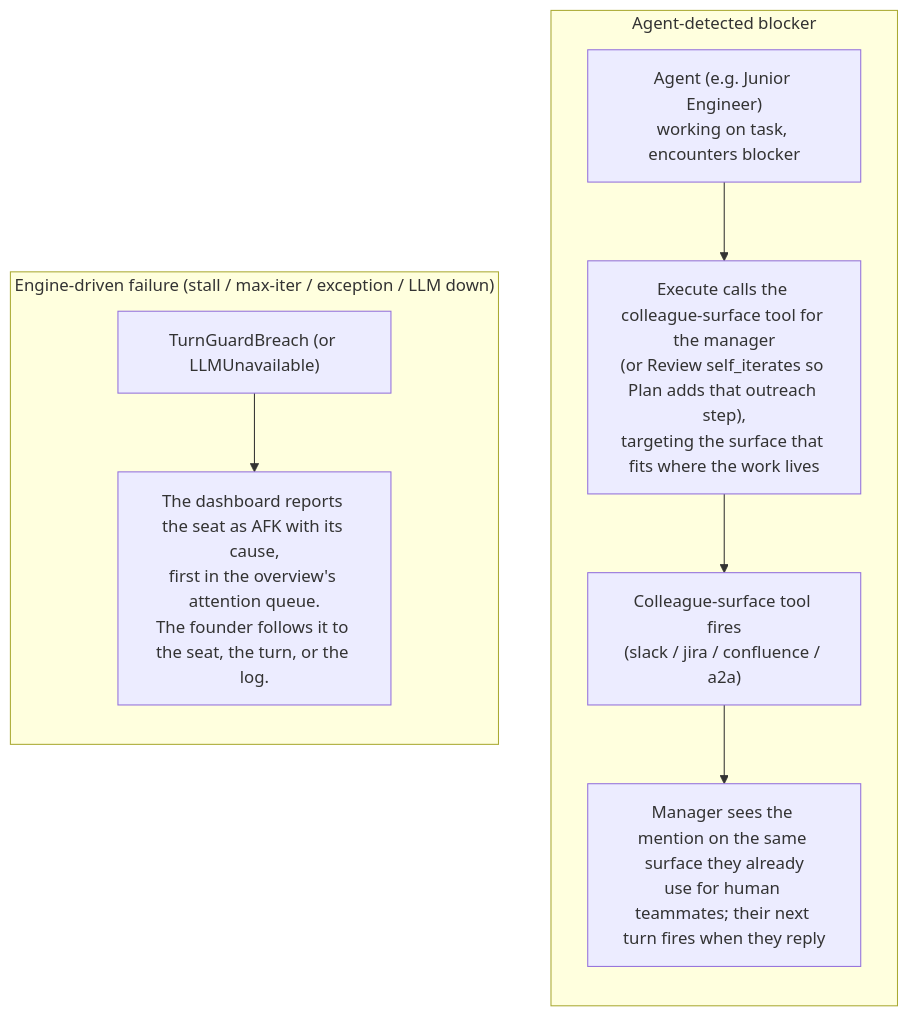
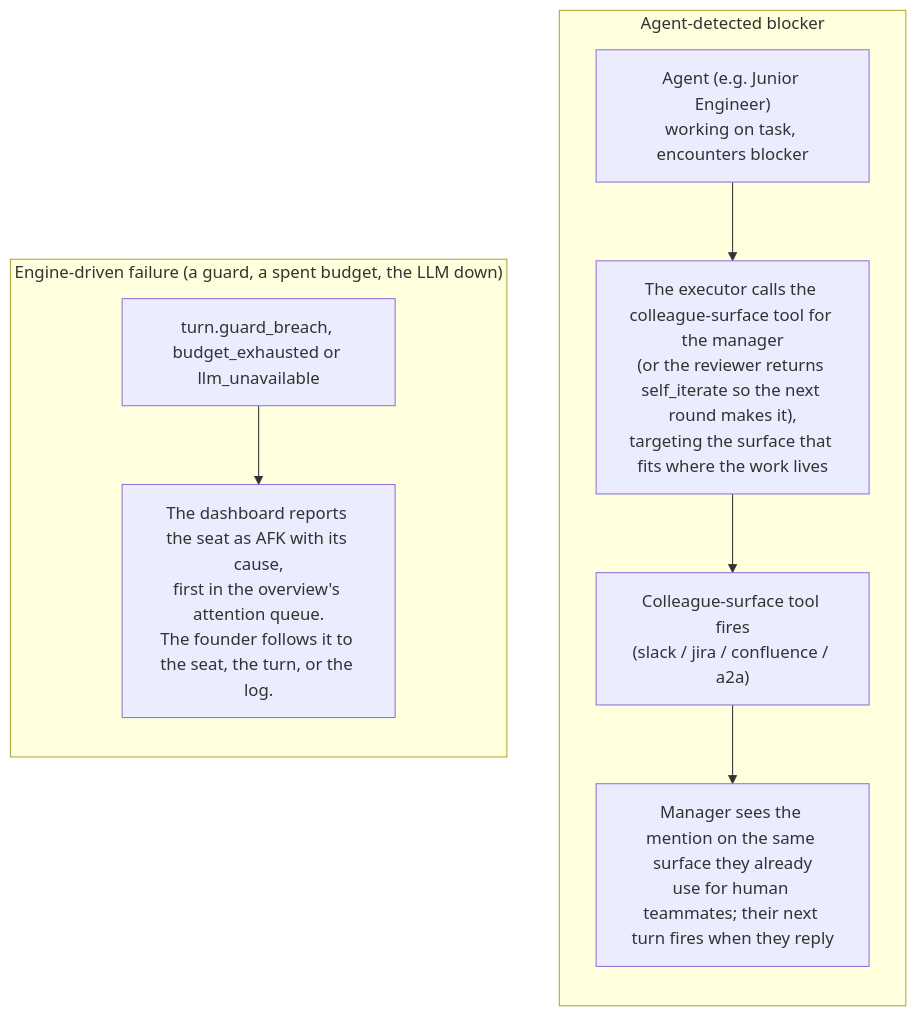
One commit to crewlet/crewlet changed the third of 3 diagrams in docs/concepts/task-engine.md. Above: the diagram before and after it, drawn with Mermaid. The commit also changed other lines of this file and 1 other file, not shown here.

First line of the commit message:
docs(concepts): describe assignment and failures without a Plan phase

````diff
--- a/docs/concepts/task-engine.md
+++ b/docs/concepts/task-engine.md
@@ -83,17 +83,17 @@
 ```mermaid
 flowchart TD
     subgraph blocked["Agent-detected blocker"]
         direction TB
         A["Agent (e.g. Junior Engineer)<br/>working on task, encounters blocker"]
-        B["Execute calls the colleague-surface tool for the manager<br/>(or Review self_iterates so Plan adds that outreach step),<br/>targeting the surface that fits where the work lives"]
+        B["The executor calls the colleague-surface tool for the manager<br/>(or the reviewer returns self_iterate so the next round makes it),<br/>targeting the surface that fits where the work lives"]
         C["Colleague-surface tool fires<br/>(slack / jira / confluence / a2a)"]
         D["Manager sees the mention on the same surface they already<br/>use for human teammates; their next turn fires when they reply"]
         A --> B --> C --> D
     end
-    subgraph enginefail["Engine-driven failure (stall / max-iter / exception / LLM down)"]
+    subgraph enginefail["Engine-driven failure (a guard, a spent budget, the LLM down)"]
         direction TB
-        E["TurnGuardBreach (or LLMUnavailable)"]
+        E["turn.guard_breach, budget_exhausted or llm_unavailable"]
         F["The dashboard reports the seat as AFK with its cause,<br/>first in the overview's attention queue.<br/>The founder follows it to the seat, the turn, or the log."]
         E --> F
     end
 ```
````
